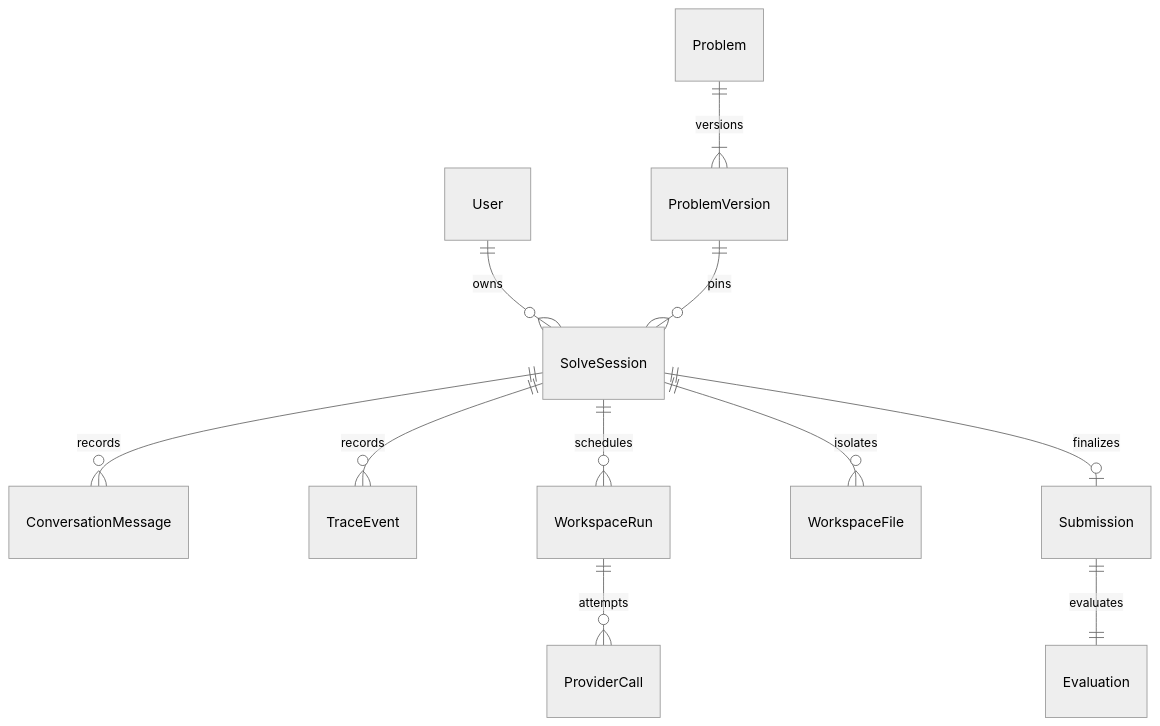
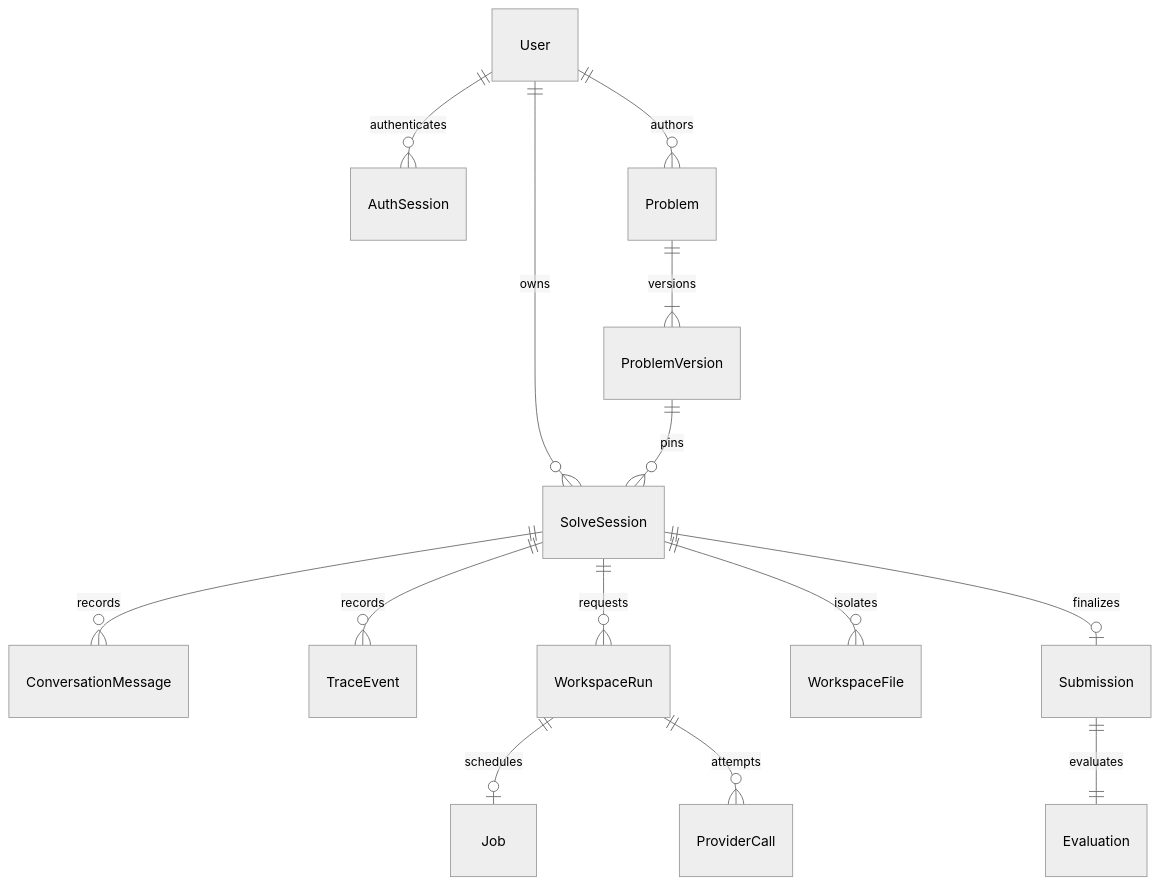
One commit to casing1/praxioj changed the second of 2 diagrams in docs/architecture/overview.md. Above: the diagram before and after it, drawn with Mermaid (neutral theme). The commit also changed other lines of this file and 75 other files, not shown here.

````diff
--- a/docs/architecture/overview.md
+++ b/docs/architecture/overview.md
@@ -28,13 +32,16 @@
 ```mermaid
 erDiagram
+    User ||--o{ AuthSession : authenticates
+    User ||--o{ Problem : authors
     User ||--o{ SolveSession : owns
     Problem ||--|{ ProblemVersion : versions
     ProblemVersion ||--o{ SolveSession : pins
     SolveSession ||--o{ ConversationMessage : records
     SolveSession ||--o{ TraceEvent : records
-    SolveSession ||--o{ WorkspaceRun : schedules
+    SolveSession ||--o{ WorkspaceRun : requests
+    WorkspaceRun ||--o| Job : schedules
     WorkspaceRun ||--o{ ProviderCall : attempts
     SolveSession ||--o{ WorkspaceFile : isolates
     SolveSession ||--o| Submission : finalizes
     Submission ||--|| Evaluation : evaluates
 ```
````
